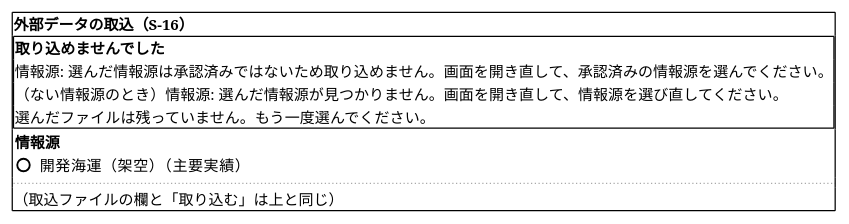
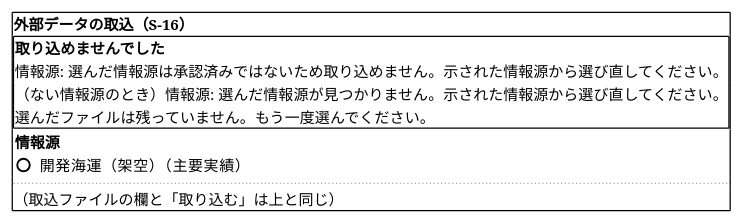
One commit to k2works/practical-domain-driven-design-in-enterpris-application changed diagram 50 of 53 in docs/design/cargo-tracker/ui_design.md. Above: the diagram before and after it, drawn with PlantUML. The commit also changed other lines of this file and 9 other files, not shown here.

````diff
--- a/docs/design/cargo-tracker/ui_design.md
+++ b/docs/design/cargo-tracker/ui_design.md
@@ -1823,19 +1823,19 @@
 ```plantuml
 @startsalt
 {+
   <b>外部データの取込（S-16）
   {+
     <b>取り込めませんでした
-    情報源: 選んだ情報源は承認済みではないため取り込めません。画面を開き直して、承認済みの情報源を選んでください。
-    （ない情報源のとき）情報源: 選んだ情報源が見つかりません。画面を開き直して、情報源を選び直してください。
+    情報源: 選んだ情報源は承認済みではないため取り込めません。示された情報源から選び直してください。
+    （ない情報源のとき）情報源: 選んだ情報源が見つかりません。示された情報源から選び直してください。
     選んだファイルは残っていません。もう一度選んでください。
   }
   {
     <b>情報源
     ( ) 開発海運（架空）（主要実績）
   }
   ..
   （取込ファイルの欄と「取り込む」は上と同じ）
 }
 @endsalt
 ```
````
